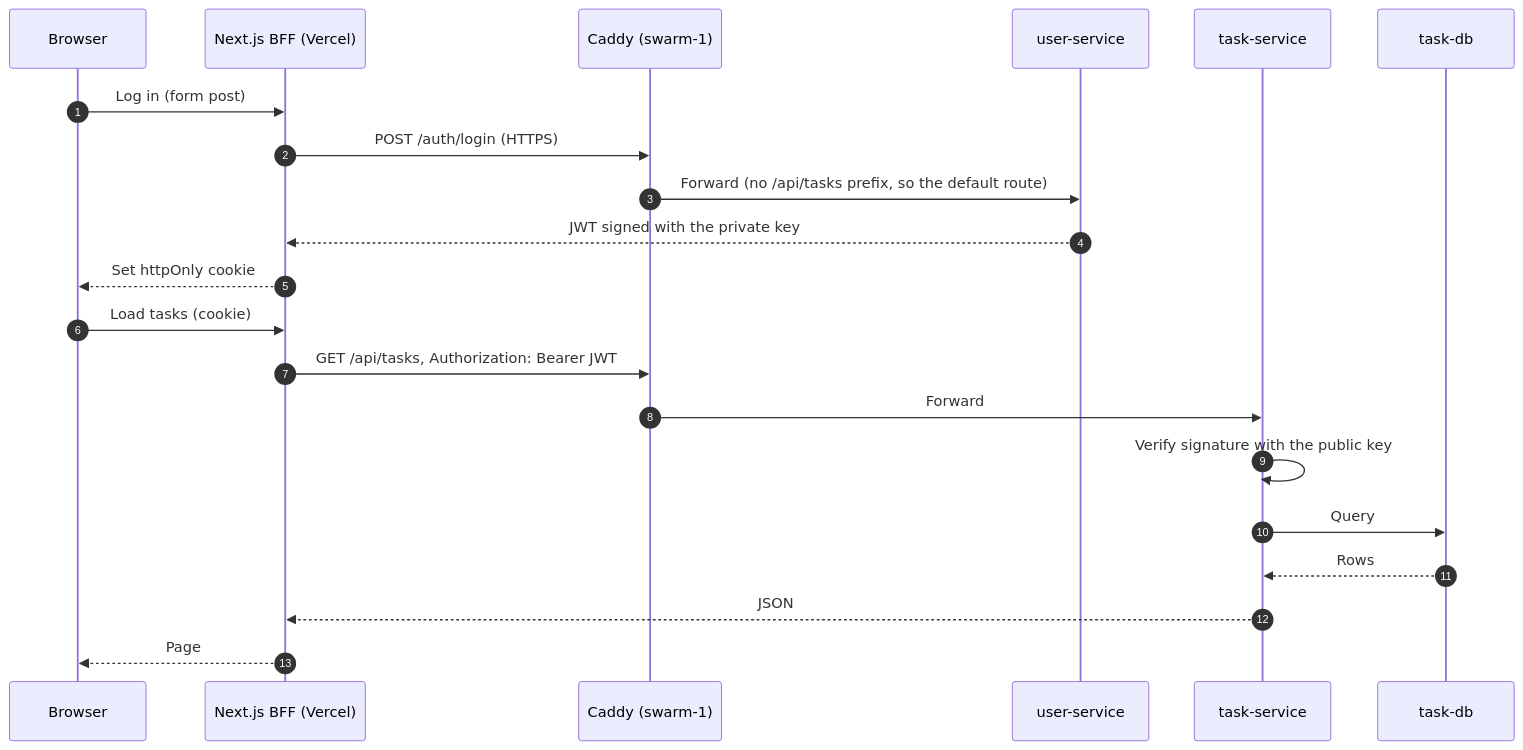
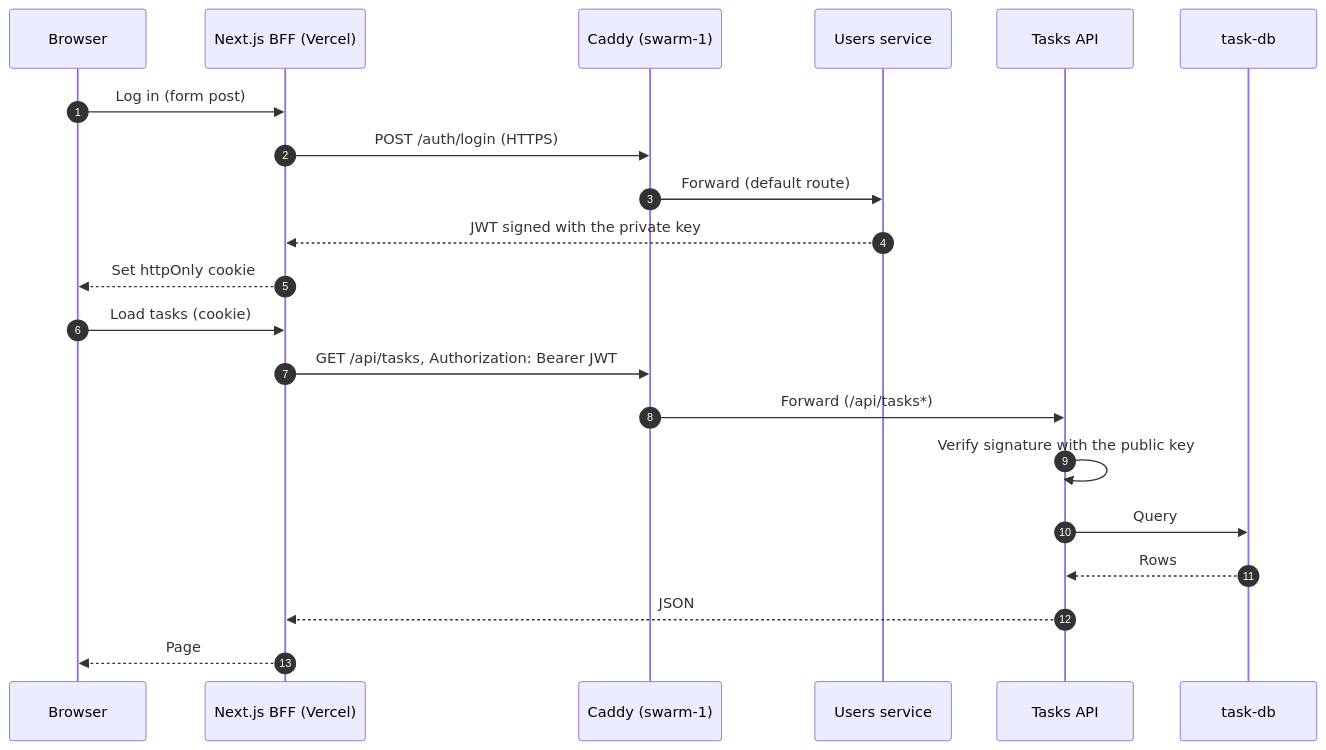
Before and after one commit to ensanguine2279/sctp-aie-m4-assignment: the third of 4 diagrams in README.md, drawn with Mermaid. The commit also changed other lines of this file and 1 other file, not shown here.

````diff
--- a/README.md
+++ b/README.md
@@ -143,24 +235,24 @@
 ```mermaid
 sequenceDiagram
     autonumber
     participant B as Browser
     participant V as Next.js BFF (Vercel)
     participant C as Caddy (swarm-1)
-    participant U as user-service
-    participant T as task-service
+    participant U as Users service
+    participant T as Tasks API
     participant D as task-db
 
     B->>V: Log in (form post)
     V->>C: POST /auth/login (HTTPS)
-    C->>U: Forward (no /api/tasks prefix, so the default route)
+    C->>U: Forward (default route)
     U-->>V: JWT signed with the private key
     V-->>B: Set httpOnly cookie
     B->>V: Load tasks (cookie)
     V->>C: GET /api/tasks, Authorization: Bearer JWT
-    C->>T: Forward
+    C->>T: Forward (/api/tasks*)
     T->>T: Verify signature with the public key
     T->>D: Query
     D-->>T: Rows
     T-->>V: JSON
     V-->>B: Page
 ```
````
